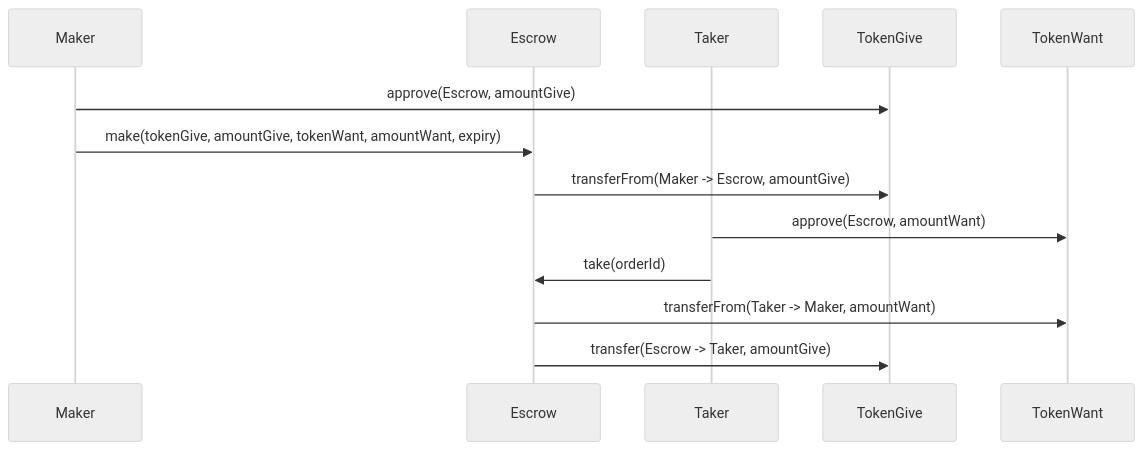
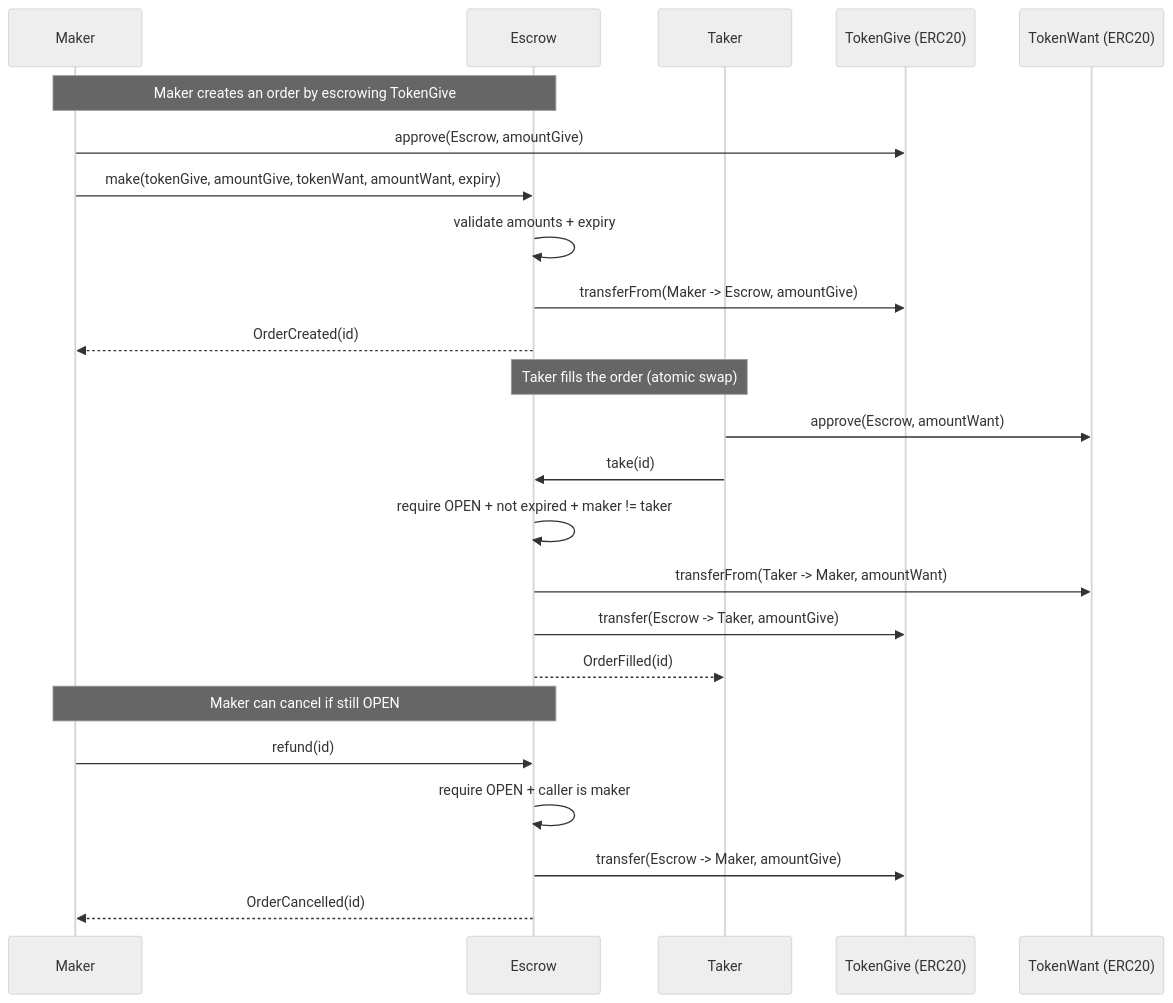
One commit to priyanshpatel18/evm_builder changed the diagram in escrow/README.md. Above: the diagram before and after it, drawn with Mermaid (neutral theme). The commit also changed other lines of this file and 2 other files, not shown here.

Commit message:
docs: polish contract READMEs with user stories + sequence diagrams

````diff
--- a/escrow/README.md
+++ b/escrow/README.md
@@ -211,17 +63,29 @@
 ```mermaid
 sequenceDiagram
-    participant Maker
-    participant Escrow
-    participant Taker
-    participant TokenGive
-    participant TokenWant
+    participant M as Maker
+    participant E as Escrow
+    participant K as Taker
+    participant G as TokenGive (ERC20)
+    participant W as TokenWant (ERC20)
 
-    Maker->>TokenGive: approve(Escrow, amountGive)
-    Maker->>Escrow: make(tokenGive, amountGive, tokenWant, amountWant, expiry)
-    Escrow->>TokenGive: transferFrom(Maker -> Escrow, amountGive)
+    Note over M,E: Maker creates an order by escrowing TokenGive
+    M->>G: approve(Escrow, amountGive)
+    M->>E: make(tokenGive, amountGive, tokenWant, amountWant, expiry)
+    E->>E: validate amounts + expiry
+    E->>G: transferFrom(Maker -> Escrow, amountGive)
+    E-->>M: OrderCreated(id)
 
-    Taker->>TokenWant: approve(Escrow, amountWant)
-    Taker->>Escrow: take(orderId)
-    Escrow->>TokenWant: transferFrom(Taker -> Maker, amountWant)
-    Escrow->>TokenGive: transfer(Escrow -> Taker, amountGive)
+    Note over K,E: Taker fills the order (atomic swap)
+    K->>W: approve(Escrow, amountWant)
+    K->>E: take(id)
+    E->>E: require OPEN + not expired + maker != taker
+    E->>W: transferFrom(Taker -> Maker, amountWant)
+    E->>G: transfer(Escrow -> Taker, amountGive)
+    E-->>K: OrderFilled(id)
+
+    Note over M,E: Maker can cancel if still OPEN
+    M->>E: refund(id)
+    E->>E: require OPEN + caller is maker
+    E->>G: transfer(Escrow -> Maker, amountGive)
+    E-->>M: OrderCancelled(id)
 ```
````
